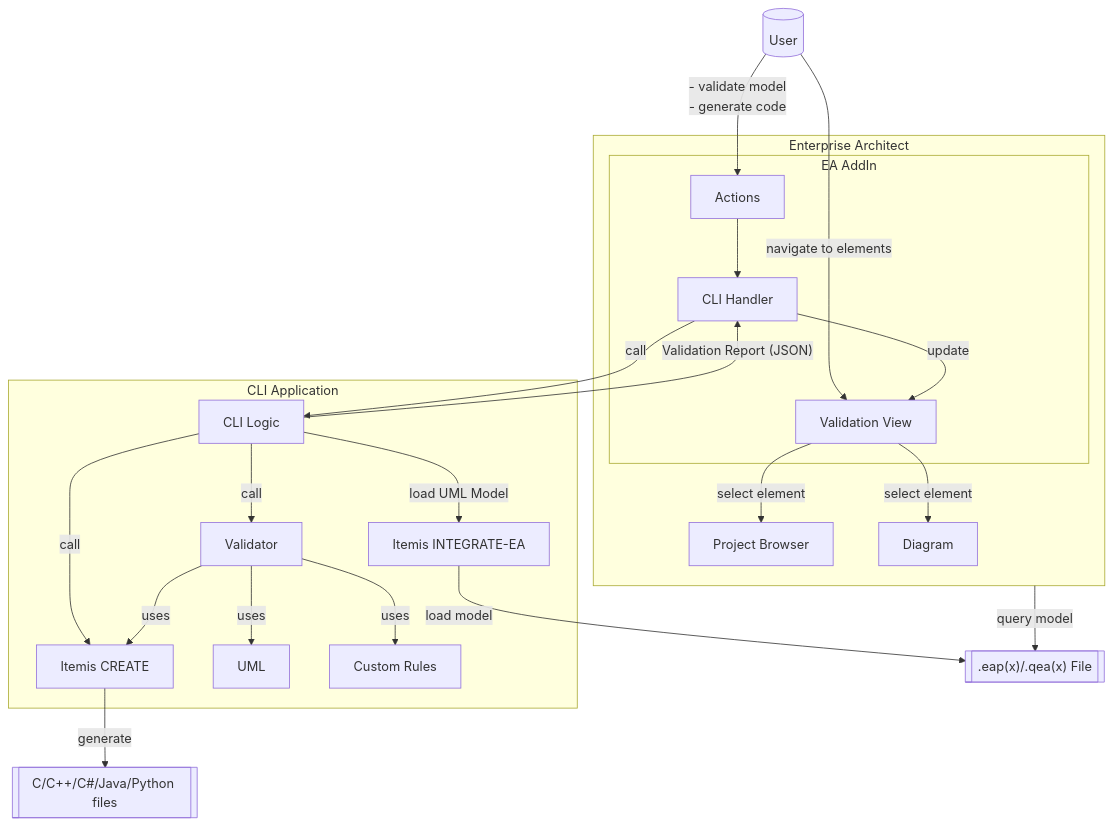
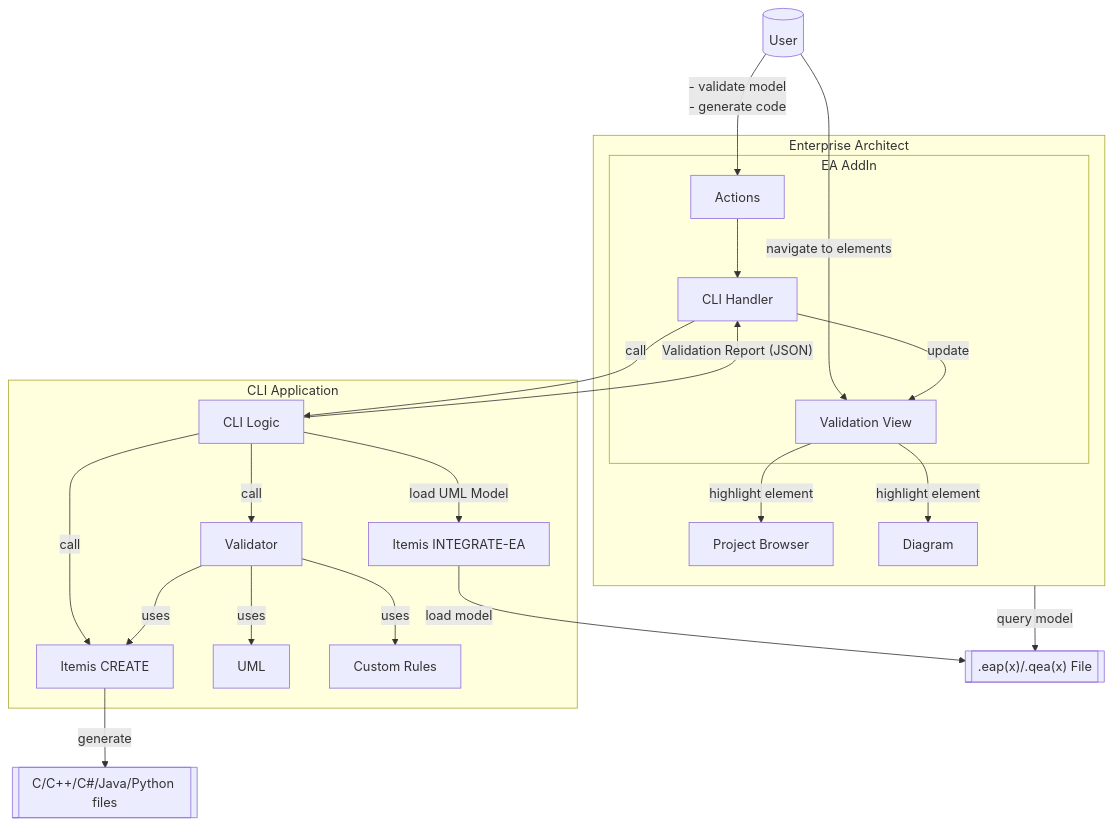
One commit to itemisCREATE/ea-bridge-integration-example changed the diagram in README.md. Above: the diagram before and after it, drawn with Mermaid.

Commit message:
update diagram in readme

````diff
--- a/README.md
+++ b/README.md
@@ -18,45 +18,45 @@
 ```mermaid
 flowchart TB
     user[(User)]
     user -- - validate model<br>- generate code --> Action
     user -- navigate to elements --> View
 
     code[["C/C++/C#/Java/Python files"]]
     CREATE -- generate --> code
 
     eap[[".eap(x)/.qea(x) File"]]
     EA -- query model --> eap
     INTEGRATE -- load model --> eap
 
     subgraph EA["Enterprise Architect"]
         subgraph AddIn["EA AddIn"]
             View["Validation View"]
             Action["Actions"]
             CLIHandler["CLI Handler"]
         end
         Browser["Project Browser"]
         Diagram
     end
     Action --> CLIHandler
     CLIHandler -- update--> View
-    View -- select element --> Browser
-    View -- select element --> Diagram
+    View -- highlight element --> Browser
+    View -- highlight element --> Diagram
 
     subgraph CLI["CLI Application"]
         Logic["CLI Logic"]
         INTEGRATE["Itemis INTEGRATE-EA"]
         CREATE["Itemis CREATE"]
         Validator
         UML["UML"]
         Rules["Custom Rules"]
     end
 
     Logic -- load UML Model --> INTEGRATE
     Logic -- call --> Validator
     Logic -- call --> CREATE
     CLIHandler -- call --> Logic
     Logic -- Validation Report (JSON) --> CLIHandler
     Validator -- uses --> UML
     Validator -- uses --> CREATE
     Validator -- uses --> Rules
 ```
````
